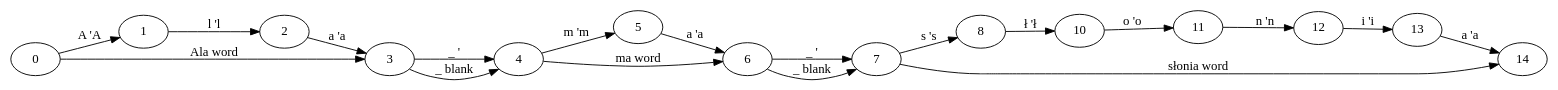
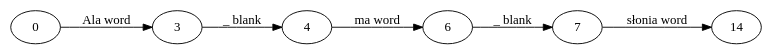
One commit to manicki/psi-toolkit changed the diagram in formats/gv/m/psi-gv/pl_sample_simple.out.dot. Above: the diagram before and after it, drawn with Graphviz. The commit also changed 17 other files, not shown here.

```diff
--- a/formats/gv/m/psi-gv/pl_sample_simple.out.dot
+++ b/formats/gv/m/psi-gv/pl_sample_simple.out.dot
@@ -1,22 +1,9 @@
 digraph g {
 	node [label="\N"];
 	graph [rankdir=LR];
-	0 -> 1 [label="A 'A"];
-	1 -> 2 [label="l 'l"];
-	2 -> 3 [label="a 'a"];
 	0 -> 3 [label="Ala word"];
-	3 -> 4 [label="_ ' "];
 	3 -> 4 [label="_ blank"];
-	4 -> 5 [label="m 'm"];
-	5 -> 6 [label="a 'a"];
 	4 -> 6 [label="ma word"];
-	6 -> 7 [label="_ ' "];
 	6 -> 7 [label="_ blank"];
-	7 -> 8 [label="s 's"];
-	8 -> 10 [label="ł 'ł"];
-	10 -> 11 [label="o 'o"];
-	11 -> 12 [label="n 'n"];
-	12 -> 13 [label="i 'i"];
-	13 -> 14 [label="a 'a"];
 	7 -> 14 [label="słonia word"];
 }
```
